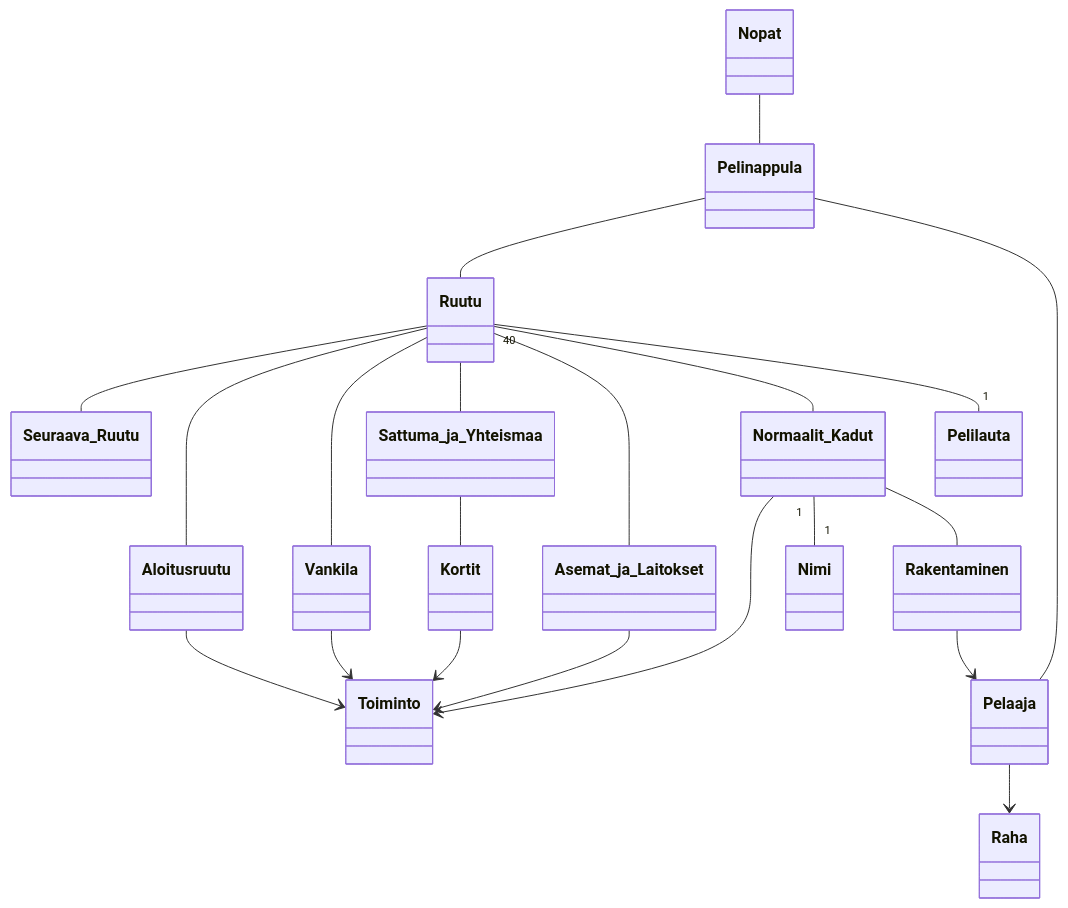
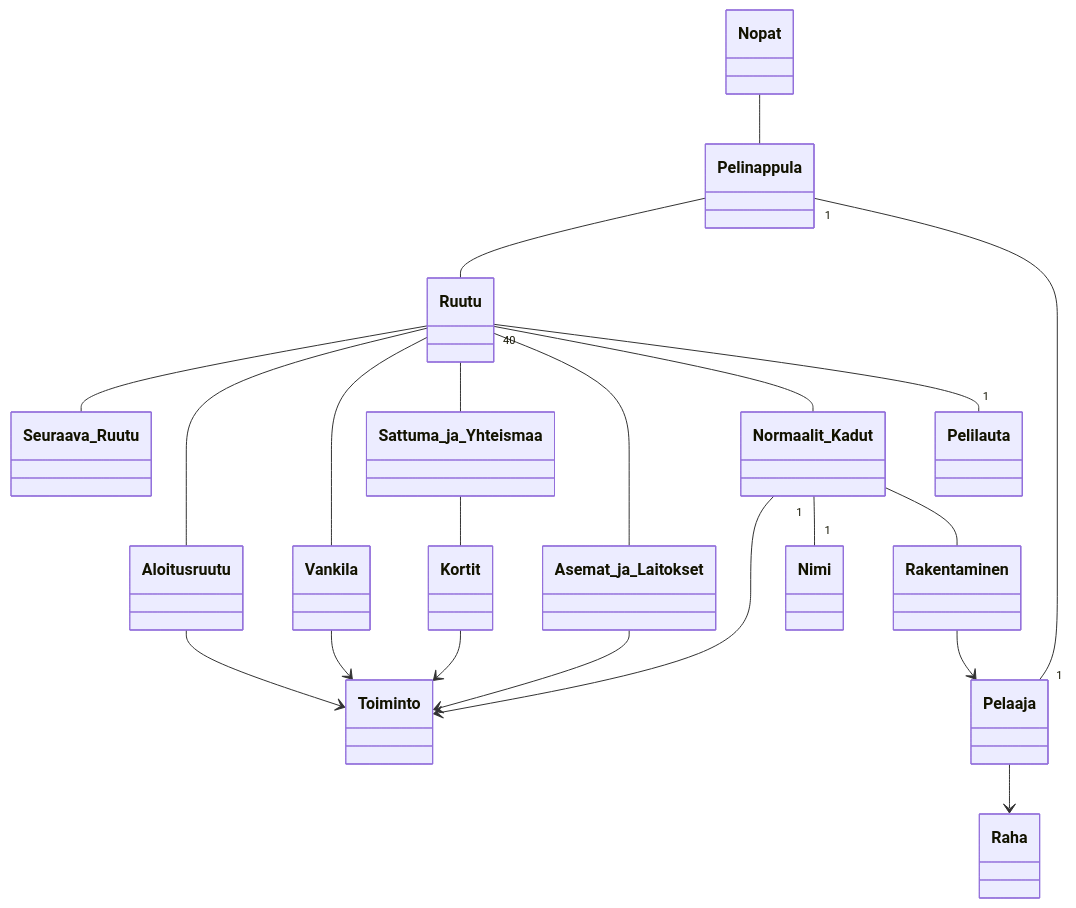
One commit to sohvip/ot-harjoitustyo changed the diagram in laskarit/viikko3/laajennettu_monopoli.md. Above: the diagram before and after it, drawn with Mermaid.

````diff
--- a/laskarit/viikko3/laajennettu_monopoli.md
+++ b/laskarit/viikko3/laajennettu_monopoli.md
@@ -1,24 +1,24 @@
 ```mermaid
   classDiagram
       Nopat -- Pelinappula
       Pelinappula -- Ruutu
-      Pelinappula -- Pelaaja
+      Pelinappula "1" -- "1" Pelaaja
       Ruutu -- Seuraava_Ruutu
       Ruutu -- Aloitusruutu
       Ruutu -- Vankila
       Ruutu -- Sattuma_ja_Yhteismaa
       Sattuma_ja_Yhteismaa -- Kortit
       Kortit --> Toiminto
       Aloitusruutu --> Toiminto
       Vankila --> Toiminto
       Ruutu -- Asemat_ja_Laitokset
       Ruutu -- Normaalit_Kadut
       Asemat_ja_Laitokset --> Toiminto
       Normaalit_Kadut --> Toiminto
       Normaalit_Kadut "1" -- "1" Nimi
       Normaalit_Kadut -- Rakentaminen
       Rakentaminen --> Pelaaja
       Pelaaja --> Raha
       Ruutu "40" -- "1" Pelilauta
       
 ```
````
